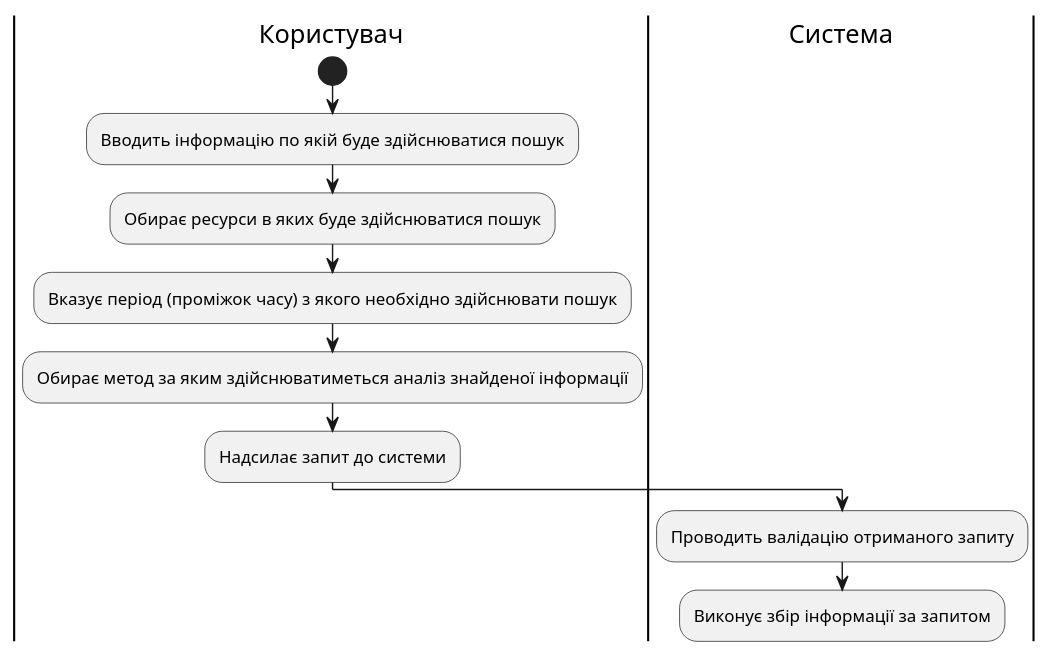
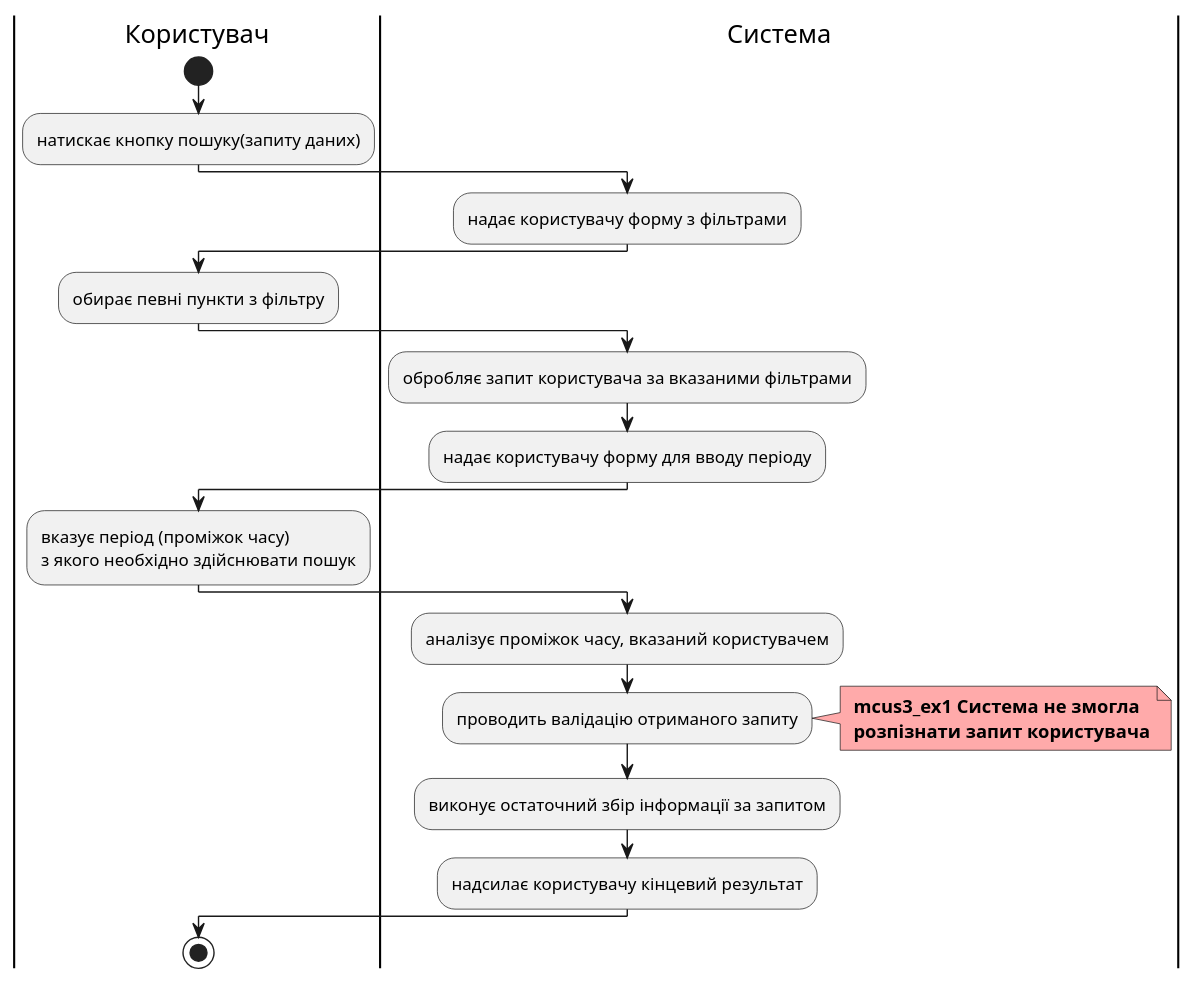
The fourth of 9 diagrams in docs/use cases/README.md (ukioxz/media-content-analyzing-system), drawn with PlantUML before and after one commit. The commit also changed other lines of this file and 2 other files, not shown here.

```diff
--- a/docs/use cases/README.md
+++ b/docs/use cases/README.md
@@ -186,23 +113,27 @@
 @startuml
 
 |Користувач|
-
 start
-
-:Вводить інформацію по якій буде здійснюватися пошук;
-
-:Обирає ресурси в яких буде здійснюватися пошук;
-
-:Вказує період (проміжок часу) з якого необхідно здійснювати пошук;
-
-:Обирає метод за яким здійснюватиметься аналіз знайденої інформації;
-
-:Надсилає запит до системи;
-
-|#AntiqueWhite|Система
-
-:Проводить валідацію отриманого запиту;
-
-:Виконує збір інформації за запитом;
+:натискає кнопку пошуку(запиту даних);
+|Система|
+:надає користувачу форму з фільтрами;
+|Користувач| 
+:обирає певні пункти з фільтру;
+|Система|
+:обробляє запит користувача за вказаними фільтрами;
+:надає користувачу форму для вводу періоду;
+|Користувач|
+:вказує період (проміжок часу) \nз якого необхідно здійснювати пошук;
+|Система|
+:аналізує проміжок часу, вказаний користувачем;
+:проводить валідацію отриманого запиту;
+note right #ffaaaa
+<b> mcus3_ex1 Система не змогла
+<b> розпізнати запит користувача
+end note
+:виконує остаточний збір інформації за запитом;
+:надсилає користувачу кінцевий результат;
+|Користувач|
+stop
 
 @enduml
```
